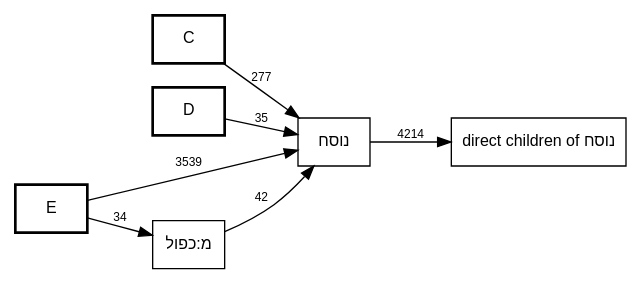
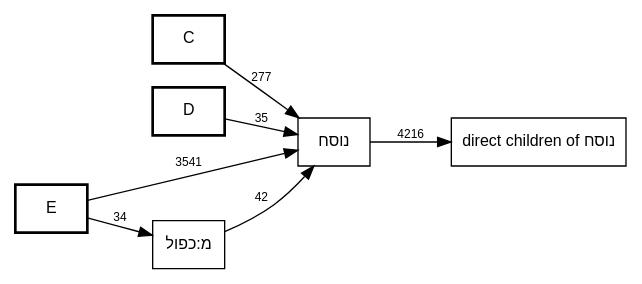
The diagram in out/MAM-tmpl-survey/plain-nusach-call-graph.dot (bdenckla/MAM-basics), drawn with Graphviz before and after one commit. The commit also changed 19 other files, not shown here.

```diff
--- a/out/MAM-tmpl-survey/plain-nusach-call-graph.dot
+++ b/out/MAM-tmpl-survey/plain-nusach-call-graph.dot
@@ -1,68 +1,68 @@
 digraph template_call_graph {
     rankdir=LR;
     node [fontname="SBL Hebrew,Helvetica", fontsize=12];
     edge [fontname="Helvetica", fontsize=9];
 
     // Column nodes
     node [shape=box, style=bold];
     "C";
     "D";
     "E";
 
     // Template nodes
     node [shape=box, style=""];
     "direct children of נוסח" [tooltip="גלגל-2
 כו\"ק
 כתיב ולא קרי
 מ:אות מנוקדת
 מ:אות-ג
 מ:אות-ק
 מ:אין פרשה בתחילת פרק
 מ:אין פרשה בתחילת פרק בספרי אמ\"ת
 מ:גרש ותלישא גדולה
 מ:גרשיים ותלישא גדולה
 מ:דחי
 מ:טעם ומתג באות אחת
 מ:ירושלם
 מ:כו\"ק בין שני מקפים
 מ:כו\"ק כתיב מילה חדה וקרי תרתין מילין
 מ:כו\"ק כתיב מילה חדה וקרי תרתין מילין בין שני מקפים
 מ:כו\"ק כתיב תרתין מילין וקרי מילה חדה
 מ:כו\"ק קרי שונה מהכתיב בשתי מילים
 מ:כו\"ק של שלוש מילים בהערה אחת
 מ:כו\"ק של שתי מילים בהערה אחת
 מ:לגרמיה-2
 מ:מקף אפור
 מ:נו\"ן הפוכה
 מ:סיום בטוב
 מ:פסוק
 מ:פסק
 מ:צינור
 מ:קו\"כ כתיב מילה חדה וקרי תרתין מילין
 מ:קו\"כ קרי שונה מהכתיב בשתי מילים
 מ:קישור בהערה
 מ:קישור פנימי בהערה
 מ:קמץ
 מודגש
 סס
 ססס
 פפ
 פפפ
 קו\"כ
 קו\"כ-אם
 קרי ולא כתיב
 ר0
 ר1
 ר3
 ר4
 ש
 שני טעמים באות אחת קמץ-תחתון-פתח-עליון"];
 
     // Edges
     "C" -> "נוסח" [label="277"];
     "D" -> "נוסח" [label="35"];
     "E" -> "מ:כפול" [label="34"];
-    "E" -> "נוסח" [label="3539"];
+    "E" -> "נוסח" [label="3541"];
     "מ:כפול" -> "נוסח" [label="42"];
-    "נוסח" -> "direct children of נוסח" [label="4214"];
+    "נוסח" -> "direct children of נוסח" [label="4216"];
 }
```
